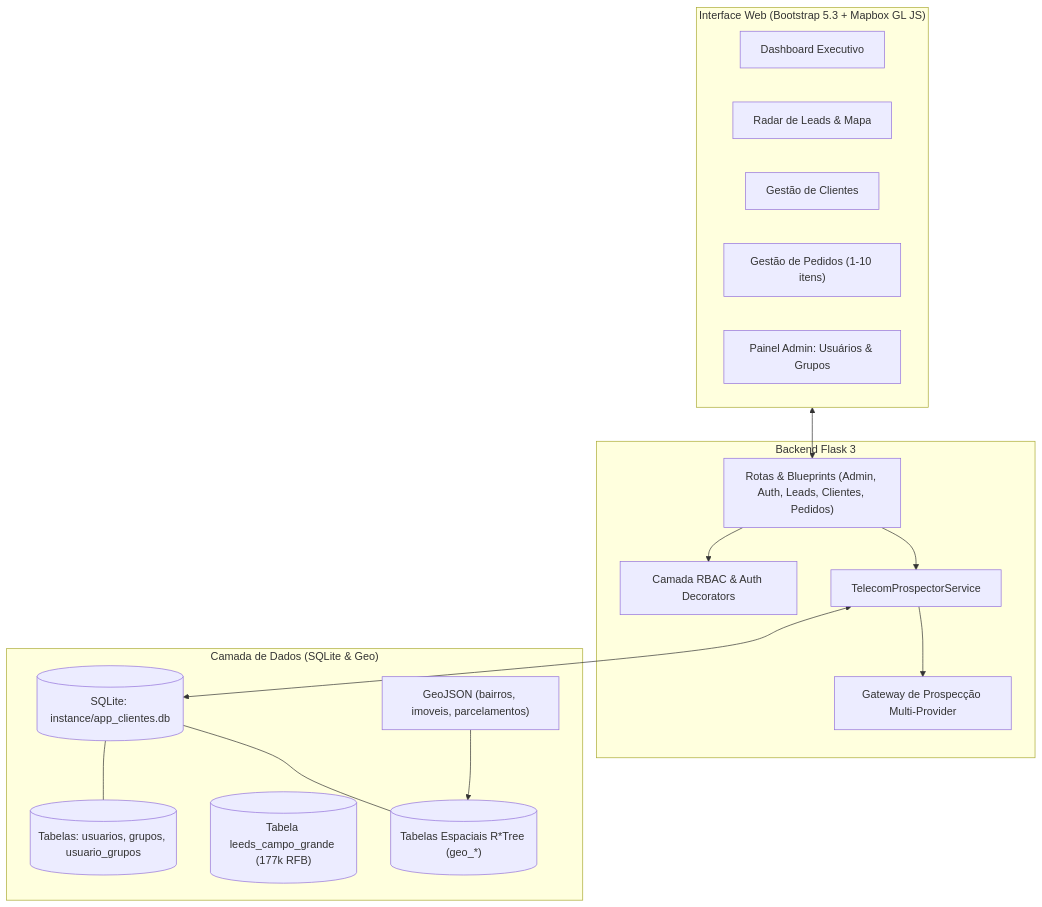
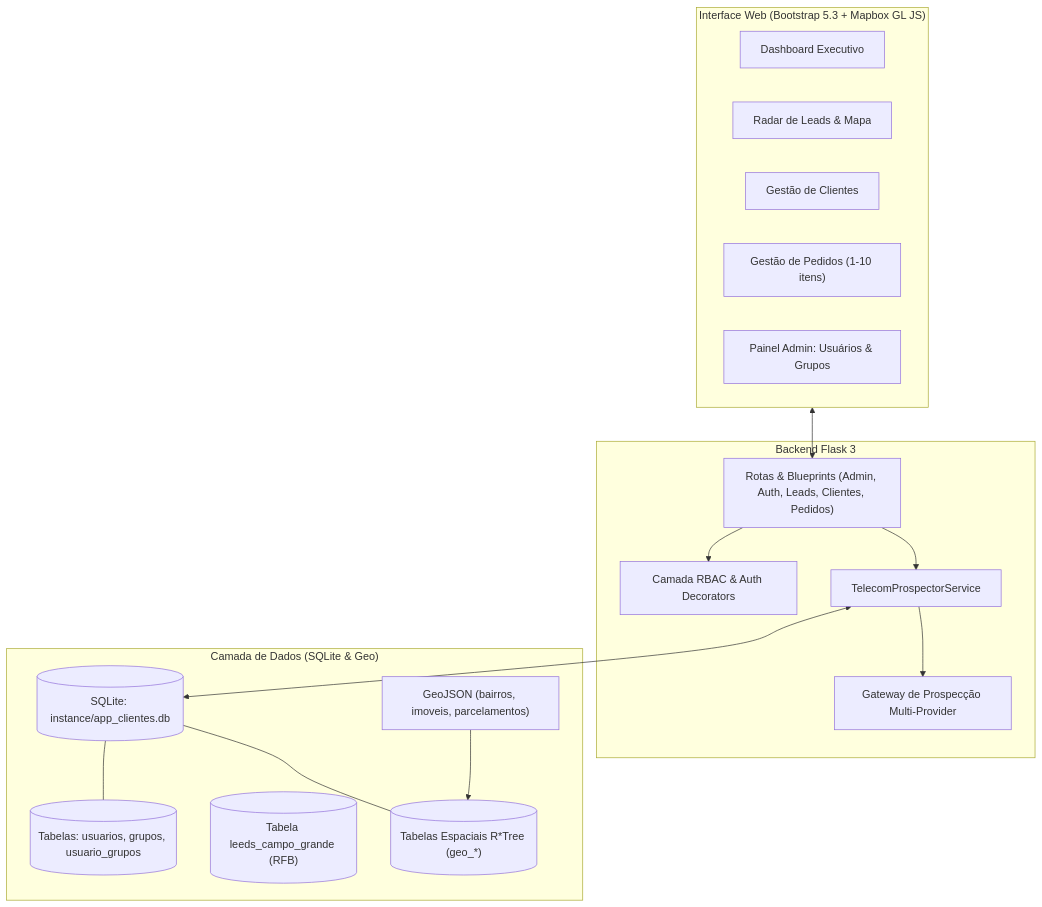
One commit to pizanao/app_clientes changed the diagram in README.md. Above: the diagram before and after it, drawn with Mermaid. The commit also changed other lines of this file and 45 other files, not shown here.

````diff
--- a/README.md
+++ b/README.md
@@ -42,34 +42,34 @@
 ```mermaid
 flowchart TD
     subgraph Frontend["Interface Web (Bootstrap 5.3 + Mapbox GL JS)"]
         Dash["Dashboard Executivo"]
         Radar["Radar de Leads & Mapa"]
         Clientes["Gestão de Clientes"]
         Pedidos["Gestão de Pedidos (1-10 itens)"]
         AdminPanel["Painel Admin: Usuários & Grupos"]
     end
 
     subgraph Backend["Backend Flask 3"]
         Routes["Rotas & Blueprints (Admin, Auth, Leads, Clientes, Pedidos)"]
         RBAC["Camada RBAC & Auth Decorators"]
         Prospector["TelecomProspectorService"]
         AI_Gate["Gateway de Prospecção Multi-Provider"]
     end
 
     subgraph Data["Camada de Dados (SQLite & Geo)"]
         MainDB[("SQLite: instance/app_clientes.db")]
         UsersDB[("Tabelas: usuarios, grupos, usuario_grupos")]
-        RFB[("Tabela leeds_campo_grande (177k RFB)")]
+        RFB[("Tabela leeds_campo_grande (RFB)")]
         GeoSQLite[("Tabelas Espaciais R*Tree (geo_*)")]
         GeoFiles["GeoJSON (bairros, imoveis, parcelamentos)"]
     end
 
     Frontend <--> Routes
     Routes --> RBAC
     Routes --> Prospector
     Prospector --> AI_Gate
     Prospector <--> MainDB
     MainDB --- UsersDB
     MainDB --- GeoSQLite
     GeoFiles --> GeoSQLite
 ```
````
